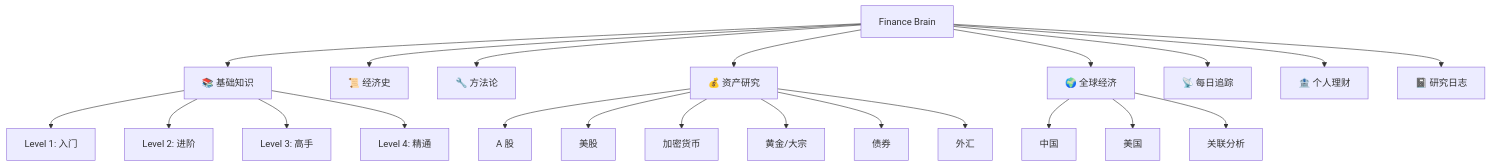
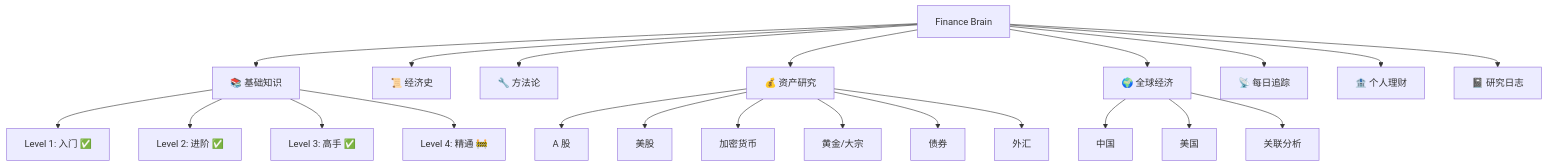
One commit to survivorff/finance-brain changed the first of 2 diagrams in README.md. Above: the diagram before and after it, drawn with Mermaid. The commit also changed other lines of this file and 8 other files, not shown here.

````diff
--- a/README.md
+++ b/README.md
@@ -7,27 +11,27 @@
 ```mermaid
 graph TB
     A[Finance Brain] --> B[📚 基础知识]
     A --> C[📜 经济史]
     A --> D[🔧 方法论]
     A --> E[💰 资产研究]
     A --> F[🌍 全球经济]
     A --> G[📡 每日追踪]
     A --> H[🏦 个人理财]
     A --> I[📓 研究日志]
     
-    B --> B1[Level 1: 入门]
-    B --> B2[Level 2: 进阶]
-    B --> B3[Level 3: 高手]
-    B --> B4[Level 4: 精通]
+    B --> B1[Level 1: 入门 ✅]
+    B --> B2[Level 2: 进阶 ✅]
+    B --> B3[Level 3: 高手 ✅]
+    B --> B4[Level 4: 精通 🚧]
     
     E --> E1[A 股]
     E --> E2[美股]
     E --> E3[加密货币]
     E --> E4[黄金/大宗]
     E --> E5[债券]
     E --> E6[外汇]
     
     F --> F1[中国]
     F --> F2[美国]
     F --> F3[关联分析]
 ```
````
